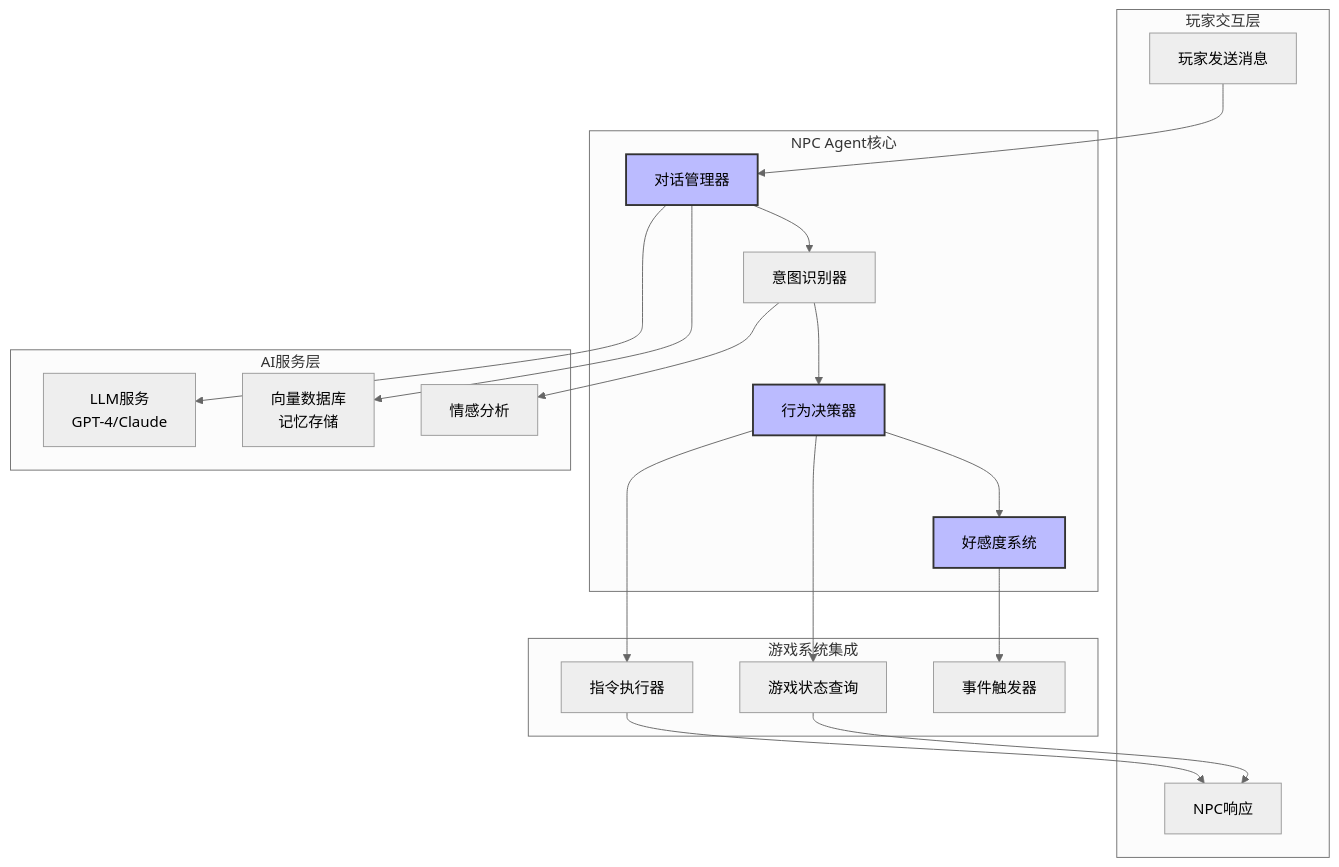
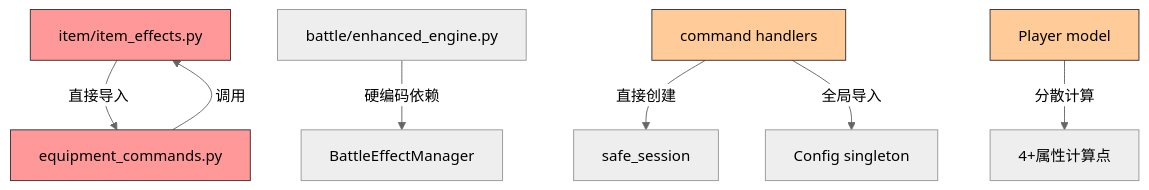
One commit to oversk7/GuiXiuXian-QQBot changed the first of 3 diagrams in REFACTORING_PLAN.md. Above: the diagram before and after it, drawn with Mermaid (neutral theme). The commit also changed other lines of this file, not shown here.

````diff
--- a/REFACTORING_PLAN.md
+++ b/REFACTORING_PLAN.md
@@ -1285,46 +45,14 @@
 ```mermaid
-graph TB
-    subgraph "玩家交互层"
-        A[玩家发送消息]
-        B[NPC响应]
-    end
+graph TD
+    A[item/item_effects.py] -->|直接导入| B[equipment_commands.py]
+    B -->|调用| A
+    C[battle/enhanced_engine.py] -->|硬编码依赖| D[BattleEffectManager]
+    E[command handlers] -->|直接创建| F[safe_session]
+    E -->|全局导入| G[Config singleton]
+    H[Player model] -->|分散计算| I[4+属性计算点]
 
-    subgraph "NPC Agent核心"
-        C[对话管理器]
-        D[意图识别器]
-        E[行为决策器]
-        F[好感度系统]
-    end
-
-    subgraph "AI服务层"
-        G[LLM服务<br/>GPT-4/Claude]
-        H[向量数据库<br/>记忆存储]
-        I[情感分析]
-    end
-
-    subgraph "游戏系统集成"
-        J[指令执行器]
-        K[游戏状态查询]
-        L[事件触发器]
-    end
-
-    A --> C
-    C --> D
-    D --> E
-    E --> F
-
-    C --> G
-    C --> H
-    D --> I
-
-    E --> J
-    E --> K
-    F --> L
-
-    J --> B
-    K --> B
-
-    style C fill:#bbf,stroke:#333,stroke-width:2px
-    style E fill:#bbf,stroke:#333,stroke-width:2px
-    style F fill:#bbf,stroke:#333,stroke-width:2px
+    style A fill:#f99,stroke:#333
+    style B fill:#f99,stroke:#333
+    style E fill:#fc9,stroke:#333
+    style H fill:#fc9,stroke:#333
 ```
````
